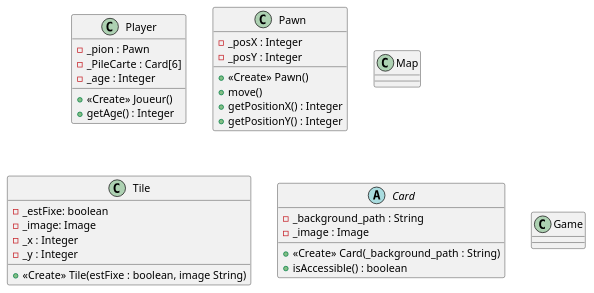
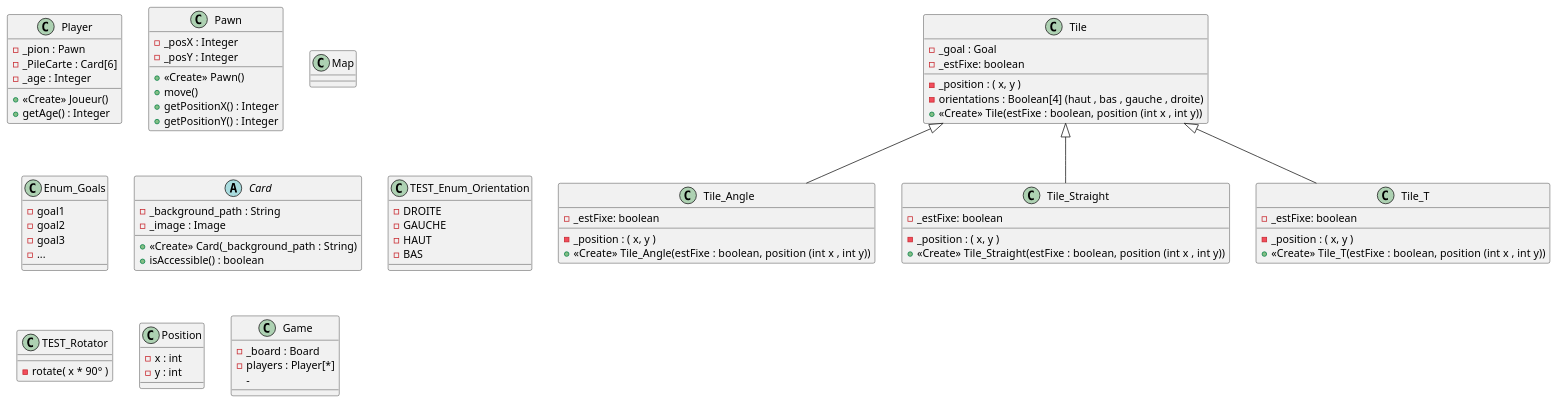
One commit to DLR-coding/Labyrinthe-Java changed the diagram in game.puml. Above: the diagram before and after it, drawn with PlantUML. The commit also changed 5 other files, not shown here.

Commit message:
Debut UML

```diff
--- a/game.puml
+++ b/game.puml
@@ -1,37 +1,86 @@
 @startuml
 class Player {
 - _pion : Pawn
 - _PileCarte : Card[6]
 - _age : Integer
 + <<Create>> Joueur()
 + getAge() : Integer
 
 }
 class Pawn{
 - _posX : Integer
 - _posY : Integer
 + <<Create>> Pawn()
 + move()
 + getPositionX() : Integer
 + getPositionY() : Integer
 }
 
 class Map{
 }
 
-class Tile{
-- _estFixe: boolean
-- _image: Image
-- _x : Integer
-- _y : Integer
-+ <<Create>> Tile(estFixe : boolean, image String)
+class Tile {
+    - _goal : Goal
+    - _estFixe: boolean
+    - _position : ( x, y )
+    - orientations : Boolean[4] (haut , bas , gauche , droite)
+    + <<Create>> Tile(estFixe : boolean,  position (int x , int y))
 }
-abstract Card{
-- _background_path : String
-- _image : Image
-+ <<Create>> Card(_background_path : String)
-+ isAccessible() : boolean
+
+class Enum_Goals {
+    - goal1
+    - goal2
+    - goal3
+    - ...
 }
-class Game{
+
+class Tile_Angle extends Tile{
+    - _estFixe: boolean
+    - _position : ( x, y )
+    + <<Create>> Tile_Angle(estFixe : boolean,  position (int x , int y))
+}
+
+class Tile_Straight extends Tile {
+    - _estFixe: boolean
+    - _position : ( x, y )
+    + <<Create>> Tile_Straight(estFixe : boolean,  position (int x , int y))
+}
+
+class Tile_T extends Tile {
+    - _estFixe: boolean
+    - _position : ( x, y )
+    + <<Create>> Tile_T(estFixe : boolean,  position (int x , int y))
+}
+
+abstract Card {
+    - _background_path : String
+    - _image : Image
+    + <<Create>> Card(_background_path : String)
+    + isAccessible() : boolean
+    }
+
+
+class TEST_Enum_Orientation {
+    - DROITE
+    - GAUCHE
+    - HAUT
+    - BAS
+}
+
+class TEST_Rotator {
+    - rotate( x * 90° )
+}
+
+
+class Position {
+    - x : int
+    - y : int
+}
+
+class Game {
+    - _board : Board
+    - players : Player[*]
+    -
+
 }
 @enduml
```
